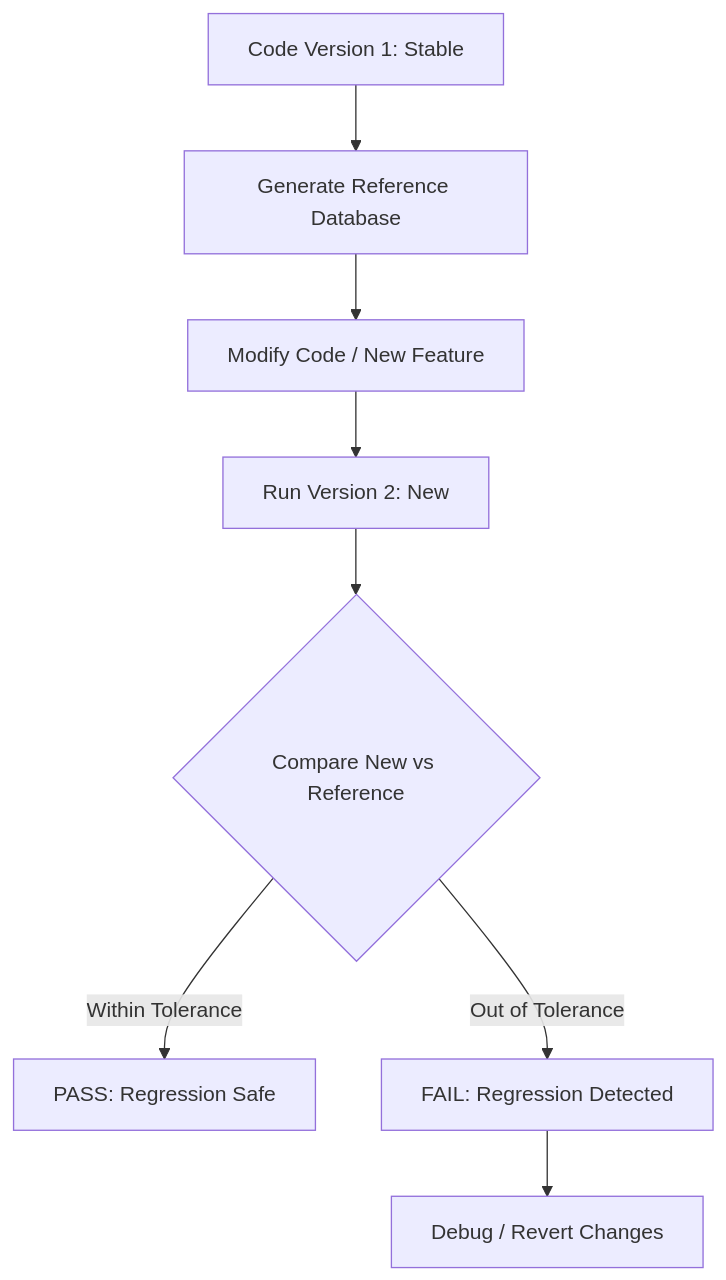
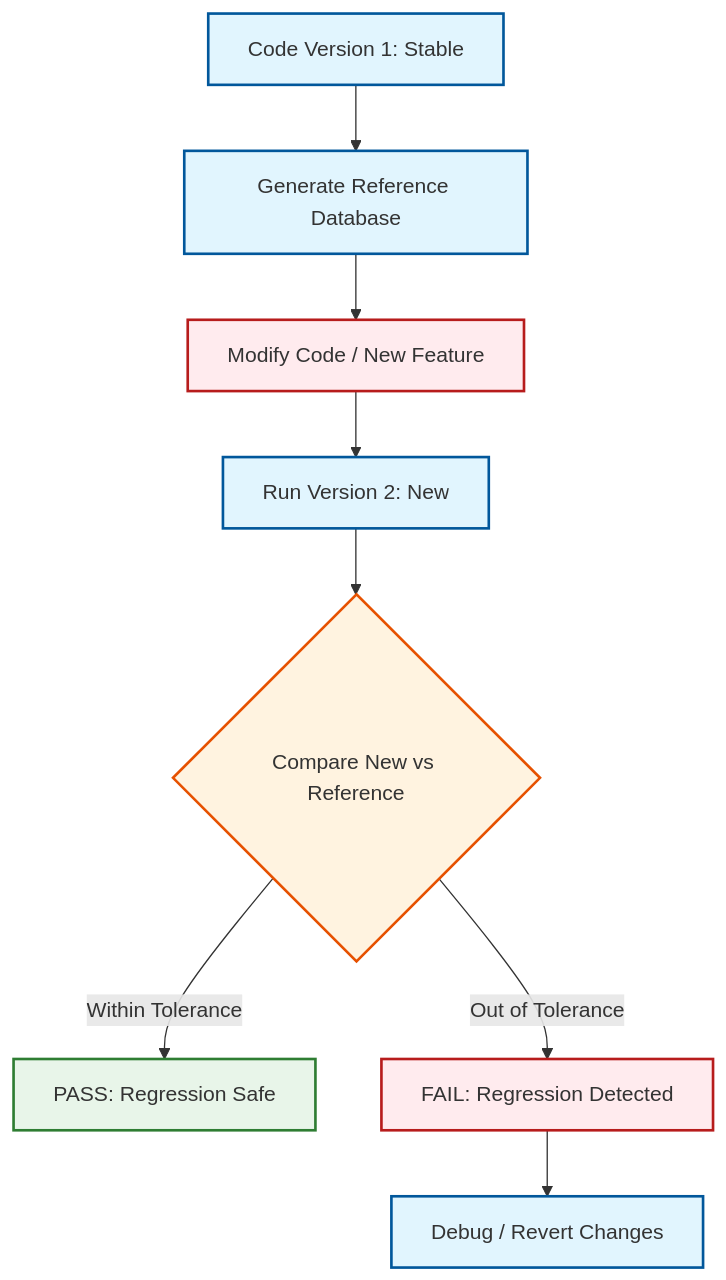
One commit to wramet/build-my-cfd changed the first of 2 diagrams in MODULE_08_TESTING_VALIDATION/CONTENT/04_QA_AUTOMATION_PROFILING/02_Regression_Testing.md. Above: the diagram before and after it, drawn with Mermaid. The commit also changed other lines of this file and 313 other files, not shown here.

Commit message:
Revise all diagram

````diff
--- a/MODULE_08_TESTING_VALIDATION/CONTENT/04_QA_AUTOMATION_PROFILING/02_Regression_Testing.md
+++ b/MODULE_08_TESTING_VALIDATION/CONTENT/04_QA_AUTOMATION_PROFILING/02_Regression_Testing.md
@@ -41,10 +41,14 @@
 ```mermaid
 flowchart TD
-    A[Code Version 1: Stable] --> B[Generate Reference Database]
-    B --> C[Modify Code / New Feature]
-    C --> D[Run Version 2: New]
-    D --> E{Compare New vs Reference}
-    E -- Within Tolerance --> F[PASS: Regression Safe]
-    E -- Out of Tolerance --> G[FAIL: Regression Detected]
-    G --> H[Debug / Revert Changes]
+classDef implicit fill:#e1f5fe,stroke:#01579b,stroke-width:2px
+classDef explicit fill:#ffebee,stroke:#b71c1c,stroke-width:2px
+classDef success fill:#e8f5e9,stroke:#2e7d32,stroke-width:2px
+classDef warning fill:#fff3e0,stroke:#e65100,stroke-width:2px
+A[Code Version 1: Stable]:::implicit --> B[Generate Reference Database]:::implicit
+B --> C[Modify Code / New Feature]:::explicit
+C --> D[Run Version 2: New]:::implicit
+D --> E{Compare New vs Reference}:::warning
+E -- Within Tolerance --> F[PASS: Regression Safe]:::success
+E -- Out of Tolerance --> G[FAIL: Regression Detected]:::explicit
+G --> H[Debug / Revert Changes]:::implicit
 ```
````
